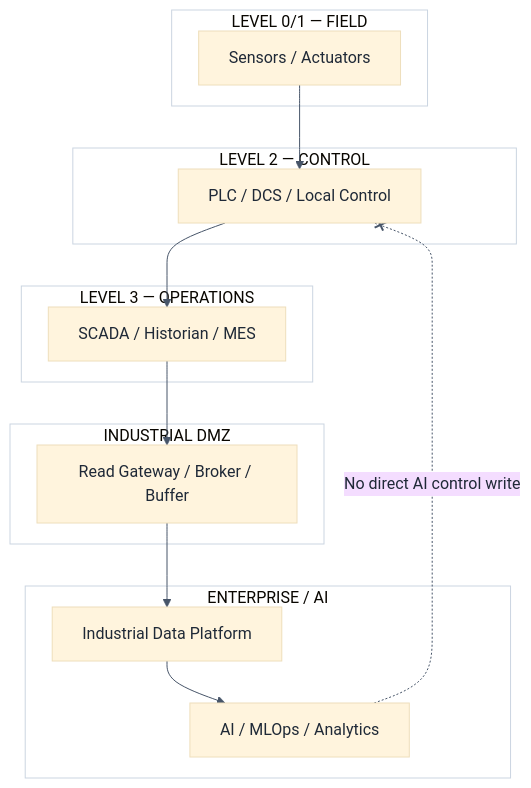
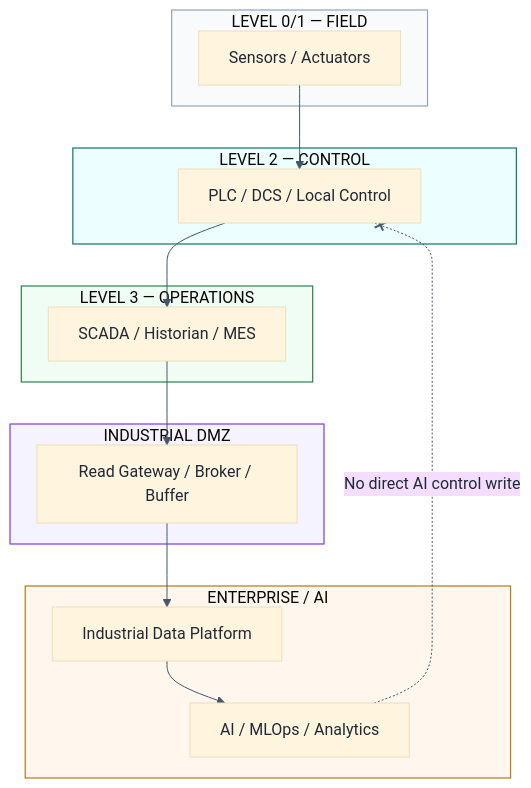
Before and after one commit to Douglas-Moore-Engineering/industrial-yield-quality-process-intelligence: the fifth of 12 diagrams in docs/architecture/README.md, drawn with Mermaid. The commit also changed other lines of this file, not shown here.

Commit message:
docs: resync rendered diagrams after notation cleanup

````diff
--- a/docs/architecture/README.md
+++ b/docs/architecture/README.md
@@ -148,22 +164,27 @@
 ```mermaid
 %%{init: {"theme":"base","flowchart":{"curve":"basis","nodeSpacing":34,"rankSpacing":42},"themeVariables":{"fontFamily":"Arial","fontSize":"16px","primaryTextColor":"#1F2937","lineColor":"#475569","clusterBkg":"#FFFFFF","clusterBorder":"#CBD5E1"}}}%%
 flowchart TB
 subgraph L1["LEVEL 0/1 — FIELD"]
   A["Sensors / Actuators"]
 end
 subgraph L2["LEVEL 2 — CONTROL"]
   A --> B["PLC / DCS / Local Control"]
 end
 subgraph L3["LEVEL 3 — OPERATIONS"]
   B --> C["SCADA / Historian / MES"]
 end
 subgraph L4["INDUSTRIAL DMZ"]
   C --> D["Read Gateway / Broker / Buffer"]
 end
 subgraph L5["ENTERPRISE / AI"]
   D --> E["Industrial Data Platform"]
   E --> F["AI / MLOps / Analytics"]
 end
 F -. "No direct AI control write" .-x B
 
+style L1 fill:#F8FAFC,stroke:#94A3B8,stroke-width:1.2px
+style L2 fill:#ECFEFF,stroke:#0F766E,stroke-width:1.2px
+style L3 fill:#F0FDF4,stroke:#2F7D4C,stroke-width:1.2px
+style L4 fill:#F5F3FF,stroke:#7C3AED,stroke-width:1.2px
+style L5 fill:#FFF7ED,stroke:#B97812,stroke-width:1.2px
 ```
````
